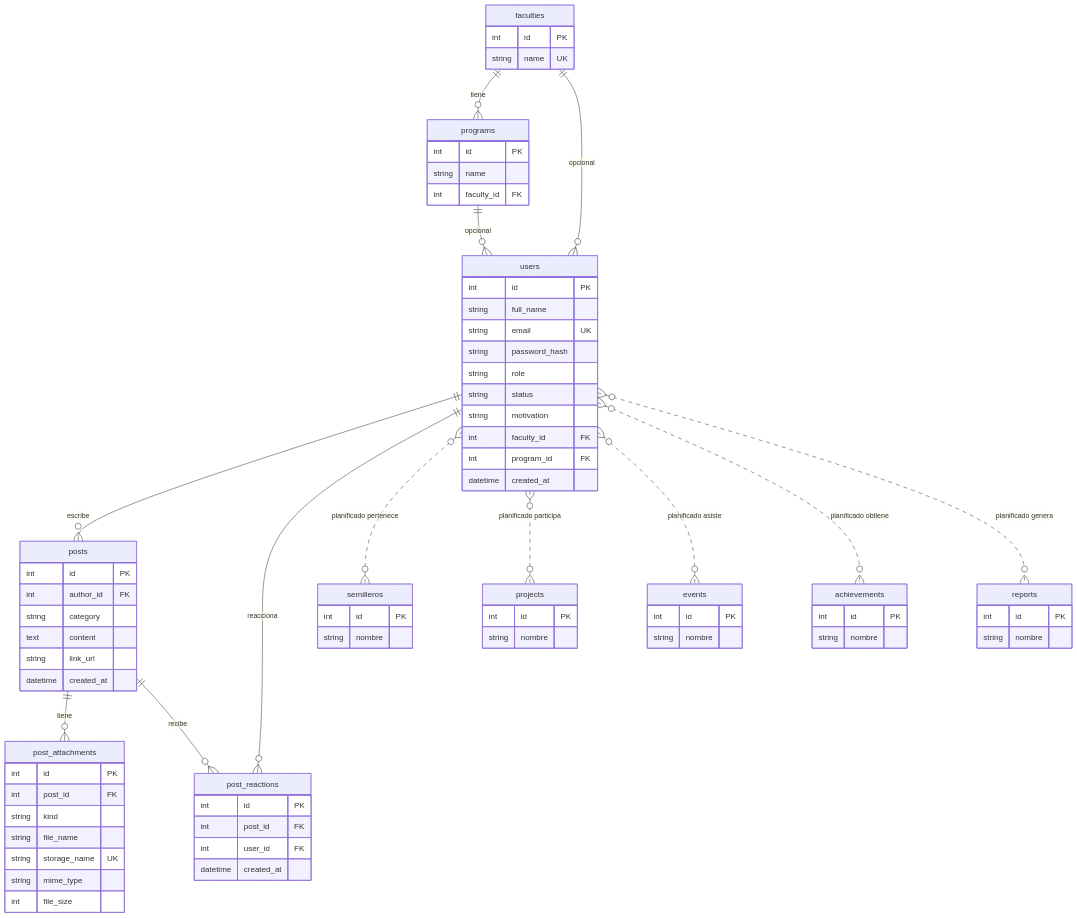
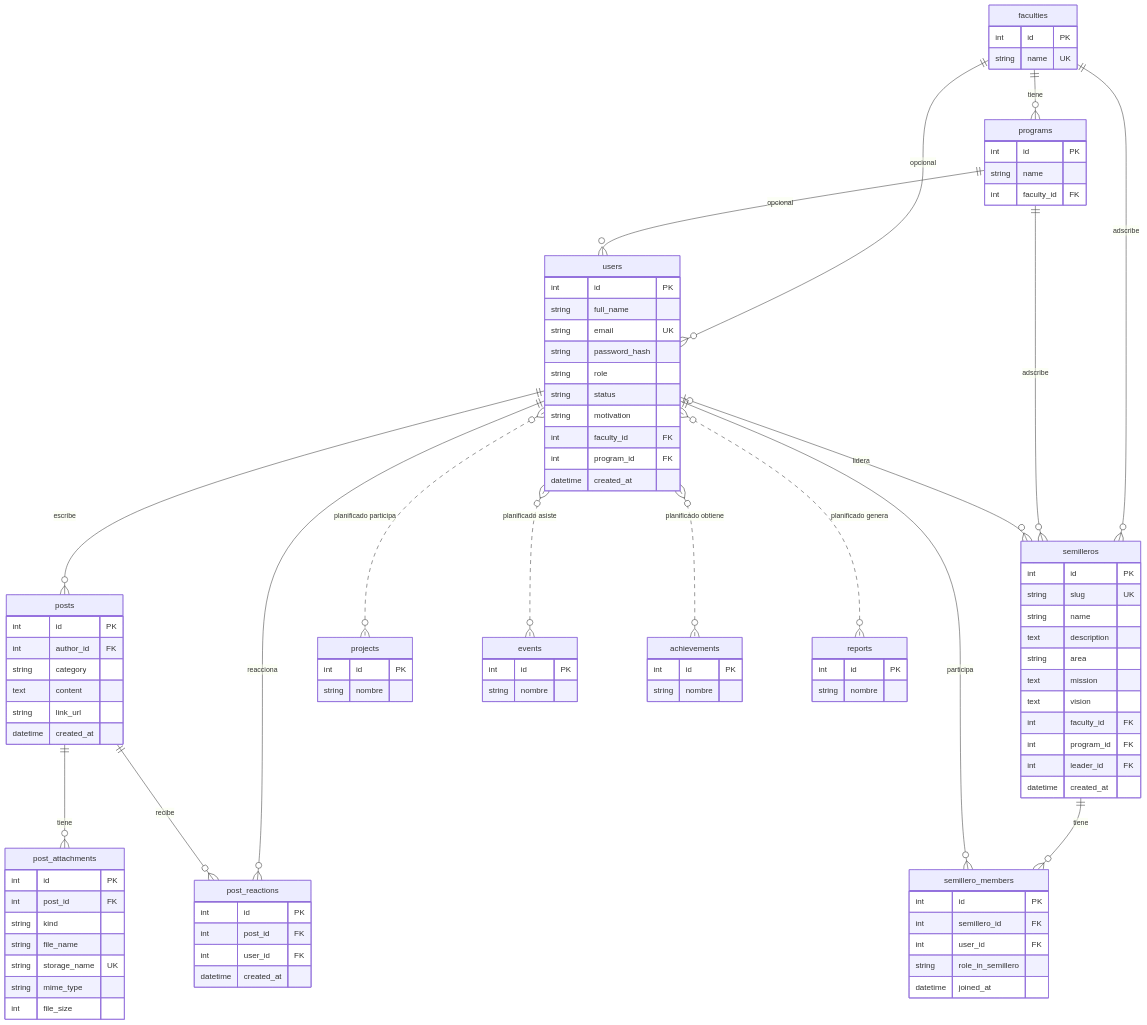
Before and after one commit to LewisBz/RIUL-Aplicativo: the diagram in docs/er-riul.md, drawn with Mermaid. The commit also changed other lines of this file and 50 other files, not shown here.

```diff
--- a/docs/er-riul.md
+++ b/docs/er-riul.md
@@ -38,7 +38,11 @@
   users ||--o{ post_reactions : reacciona
   posts ||--o{ post_attachments : tiene
   posts ||--o{ post_reactions : recibe
-  users }o..o{ semilleros : "planificado pertenece"
+  faculties ||--o{ semilleros : "adscribe"
+  programs ||--o{ semilleros : "adscribe"
+  users o|--o{ semilleros : "lidera"
+  semilleros ||--o{ semillero_members : "tiene"
+  users ||--o{ semillero_members : "participa"
   users }o..o{ projects : "planificado participa"
   users }o..o{ events : "planificado asiste"
   users }o..o{ achievements : "planificado obtiene"
@@ -90,7 +94,23 @@
   }
   semilleros {
     int id PK
-    string nombre
+    string slug UK
+    string name
+    text description
+    string area
+    text mission
+    text vision
+    int faculty_id FK
+    int program_id FK
+    int leader_id FK
+    datetime created_at
+  }
+  semillero_members {
+    int id PK
+    int semillero_id FK
+    int user_id FK
+    string role_in_semillero
+    datetime joined_at
   }
   projects {
     int id PK
```
